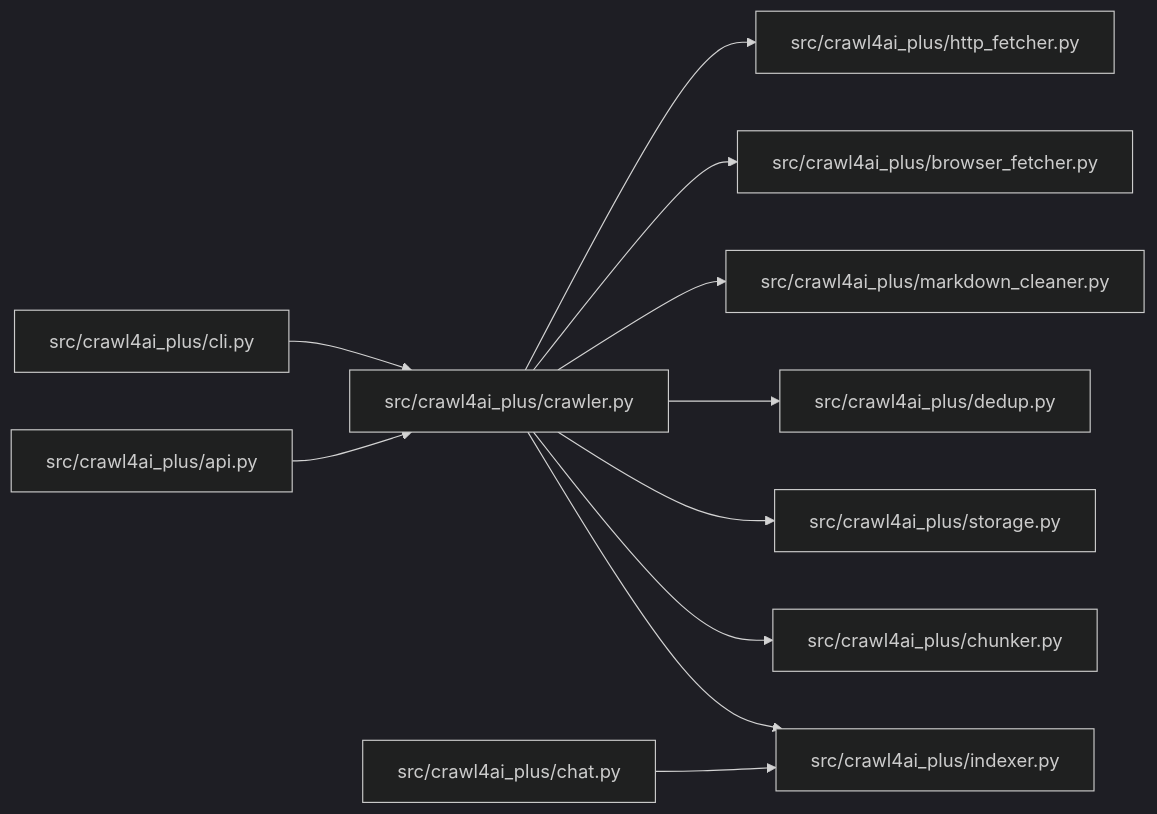
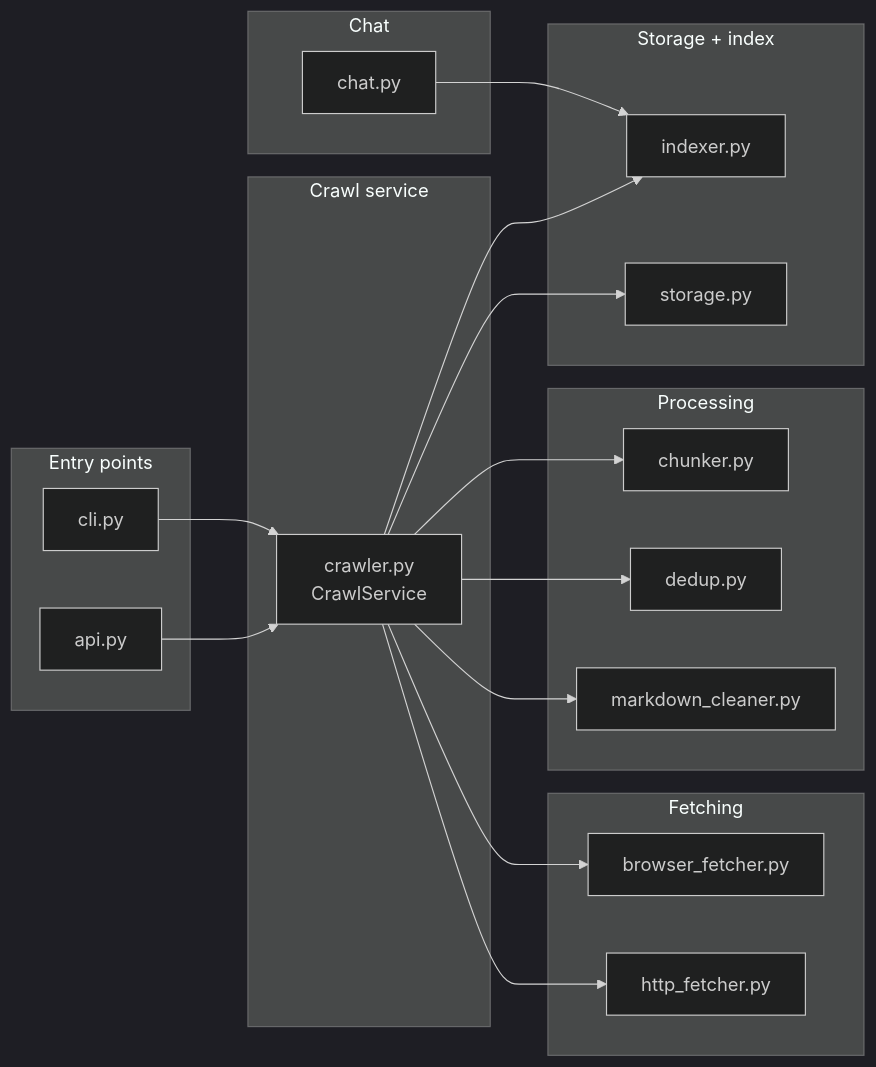
One commit to Torekas/web_crawler changed the first of 2 diagrams in src/crawl4ai_plus/README.md. Above: the diagram before and after it, drawn with Mermaid (dark theme). The commit also changed 5 other files, not shown here.

````diff
--- a/src/crawl4ai_plus/README.md
+++ b/src/crawl4ai_plus/README.md
@@ -6,13 +6,42 @@
 ```mermaid
 flowchart LR
-    CLI2[src/crawl4ai_plus/cli.py] --> Service[src/crawl4ai_plus/crawler.py]
-    API[src/crawl4ai_plus/api.py] --> Service
-    Service --> Fetcher[src/crawl4ai_plus/http_fetcher.py]
-    Service --> Browser[src/crawl4ai_plus/browser_fetcher.py]
-    Service --> Cleaner[src/crawl4ai_plus/markdown_cleaner.py]
-    Service --> Dedup[src/crawl4ai_plus/dedup.py]
-    Service --> Storage[src/crawl4ai_plus/storage.py]
-    Service --> Chunker[src/crawl4ai_plus/chunker.py]
-    Service --> Indexer[src/crawl4ai_plus/indexer.py]
-    Chat2[src/crawl4ai_plus/chat.py] --> Indexer
+    subgraph EntryPoints["Entry points"]
+        CLI["cli.py"]
+        API["api.py"]
+    end
+
+    subgraph ServiceLayer["Crawl service"]
+        CrawlSvc["crawler.py<br/>CrawlService"]
+    end
+
+    subgraph FetchingLayer["Fetching"]
+        Http["http_fetcher.py"]
+        Browser["browser_fetcher.py"]
+    end
+
+    subgraph ProcessingLayer["Processing"]
+        Cleaner["markdown_cleaner.py"]
+        Dedup["dedup.py"]
+        Chunker["chunker.py"]
+    end
+
+    subgraph StorageIndexLayer["Storage + index"]
+        Storage["storage.py"]
+        Indexer["indexer.py"]
+    end
+
+    subgraph ChatLayer["Chat"]
+        Chat["chat.py"]
+    end
+
+    CLI --> CrawlSvc
+    API --> CrawlSvc
+    CrawlSvc --> Http
+    CrawlSvc --> Browser
+    CrawlSvc --> Cleaner
+    CrawlSvc --> Dedup
+    CrawlSvc --> Chunker
+    CrawlSvc --> Storage
+    CrawlSvc --> Indexer
+    Chat --> Indexer
 ```
````
